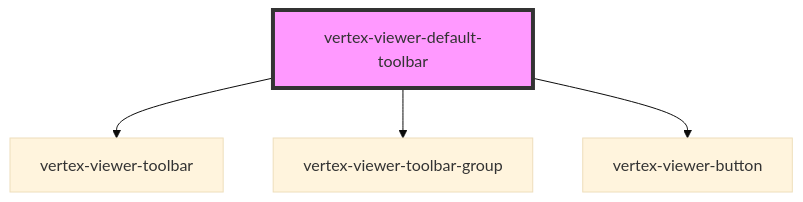
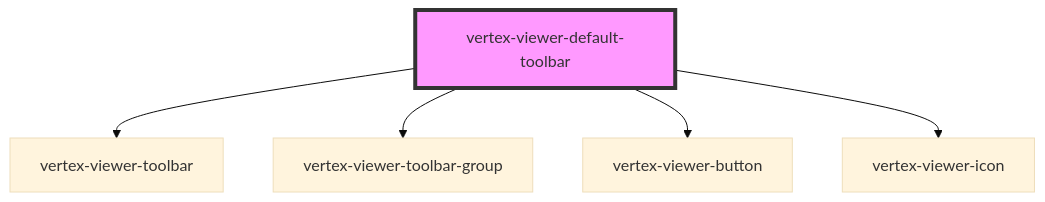
Before and after one commit to Vertexvis/vertex-web-sdk: the diagram in packages/viewer/src/components/viewer-default-toolbar/readme.md, drawn with Mermaid (base theme). The commit also changed other lines of this file and 17 other files, not shown here.

Commit message:
Add styling for default toolbar

````diff
--- a/packages/viewer/src/components/viewer-default-toolbar/readme.md
+++ b/packages/viewer/src/components/viewer-default-toolbar/readme.md
@@ -31,7 +41,8 @@
 ```mermaid
 graph TD;
   vertex-viewer-default-toolbar --> vertex-viewer-toolbar
   vertex-viewer-default-toolbar --> vertex-viewer-toolbar-group
   vertex-viewer-default-toolbar --> vertex-viewer-button
+  vertex-viewer-default-toolbar --> vertex-viewer-icon
   style vertex-viewer-default-toolbar fill:#f9f,stroke:#333,stroke-width:4px
 ```
````
